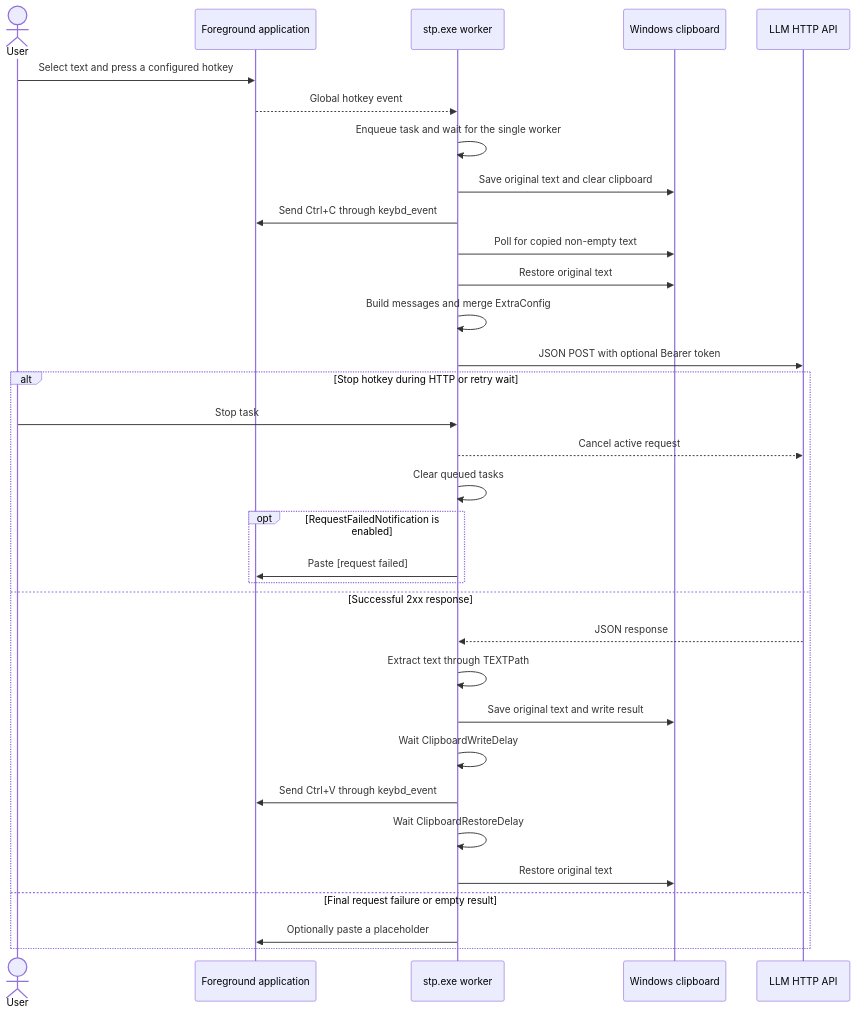
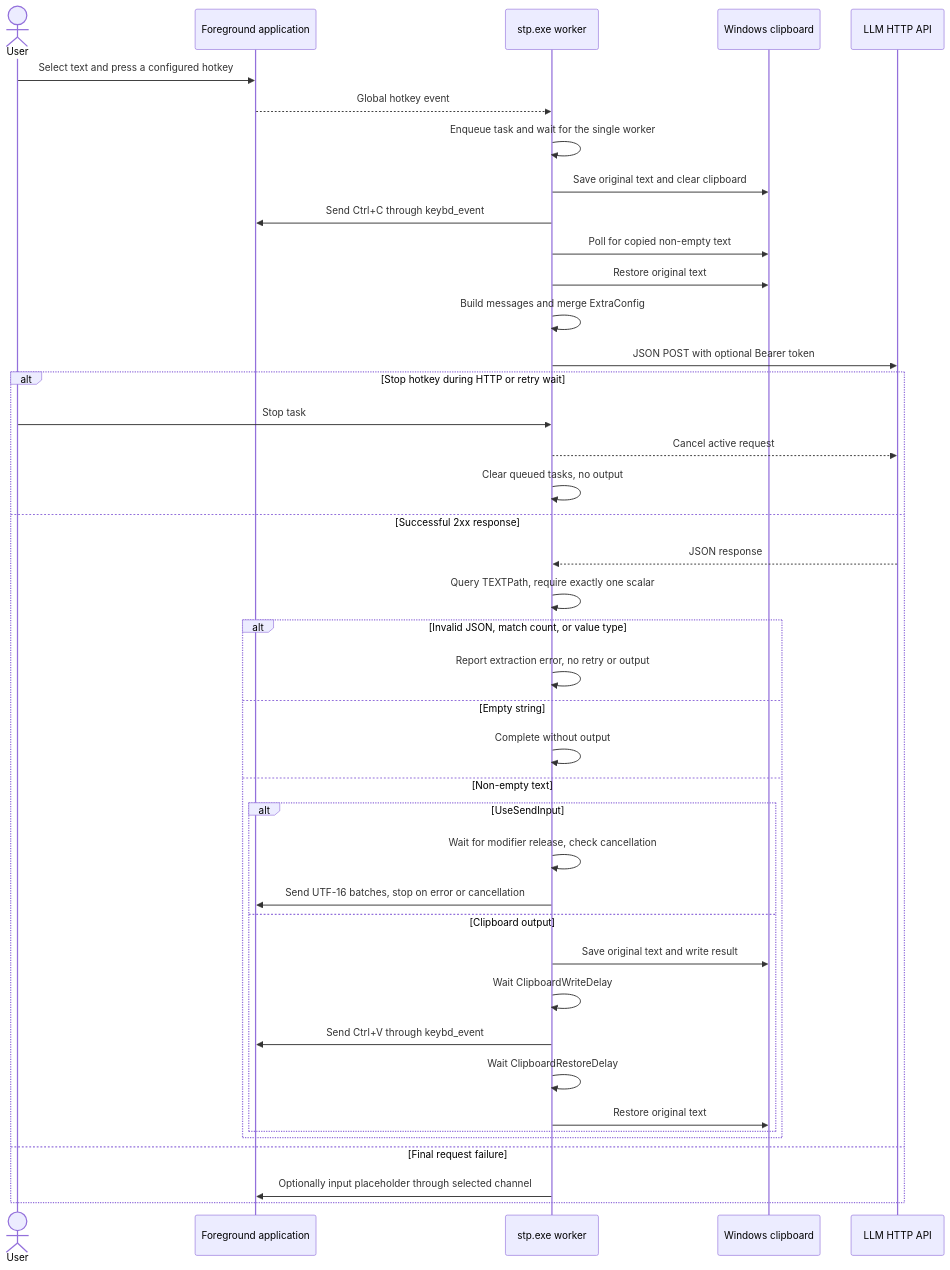
The second of 2 diagrams in README.md (Joey-Kot/STP-for-Windows), drawn with Mermaid before and after one commit. The commit also changed other lines of this file and 20 other files, not shown here.

First line of the commit message:
feat!: port strict JSONPath extraction and optional SendInput output

````diff
--- a/README.md
+++ b/README.md
@@ -72,37 +73,45 @@
 ```mermaid
 sequenceDiagram
     actor User
     participant Target as Foreground application
     participant STP as stp.exe worker
     participant Clipboard as Windows clipboard
     participant API as LLM HTTP API
 
     User->>Target: Select text and press a configured hotkey
     Target-->>STP: Global hotkey event
     STP->>STP: Enqueue task and wait for the single worker
     STP->>Clipboard: Save original text and clear clipboard
     STP->>Target: Send Ctrl+C through keybd_event
     STP->>Clipboard: Poll for copied non-empty text
     STP->>Clipboard: Restore original text
     STP->>STP: Build messages and merge ExtraConfig
     STP->>API: JSON POST with optional Bearer token
 
     alt Stop hotkey during HTTP or retry wait
         User->>STP: Stop task
         STP-->>API: Cancel active request
-        STP->>STP: Clear queued tasks
-        opt RequestFailedNotification is enabled
-            STP->>Target: Paste [request failed]
-        end
+        STP->>STP: Clear queued tasks, no output
     else Successful 2xx response
         API-->>STP: JSON response
-        STP->>STP: Extract text through TEXTPath
-        STP->>Clipboard: Save original text and write result
-        STP->>STP: Wait ClipboardWriteDelay
-        STP->>Target: Send Ctrl+V through keybd_event
-        STP->>STP: Wait ClipboardRestoreDelay
-        STP->>Clipboard: Restore original text
-    else Final request failure or empty result
-        STP->>Target: Optionally paste a placeholder
+        STP->>STP: Query TEXTPath, require exactly one scalar
+        alt Invalid JSON, match count, or value type
+            STP->>STP: Report extraction error, no retry or output
+        else Empty string
+            STP->>STP: Complete without output
+        else Non-empty text
+            alt UseSendInput
+                STP->>STP: Wait for modifier release, check cancellation
+                STP->>Target: Send UTF-16 batches, stop on error or cancellation
+            else Clipboard output
+                STP->>Clipboard: Save original text and write result
+                STP->>STP: Wait ClipboardWriteDelay
+                STP->>Target: Send Ctrl+V through keybd_event
+                STP->>STP: Wait ClipboardRestoreDelay
+                STP->>Clipboard: Restore original text
+            end
+        end
+    else Final request failure
+        STP->>Target: Optionally input placeholder through selected channel
     end
 ```
````
